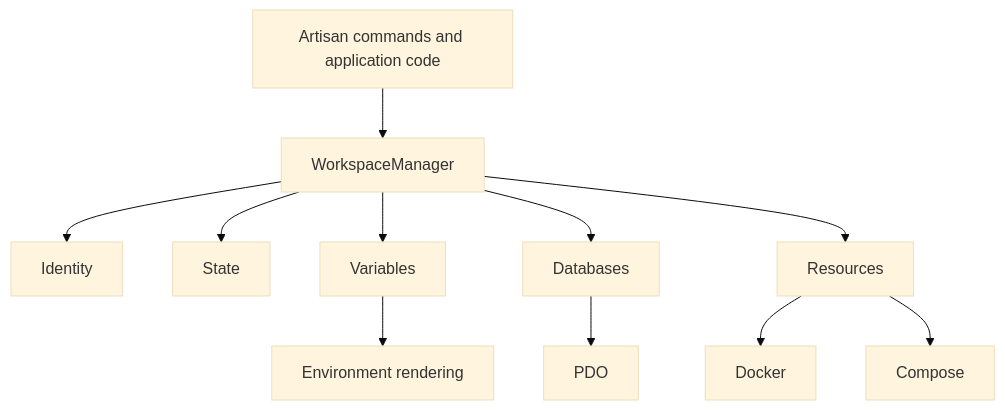
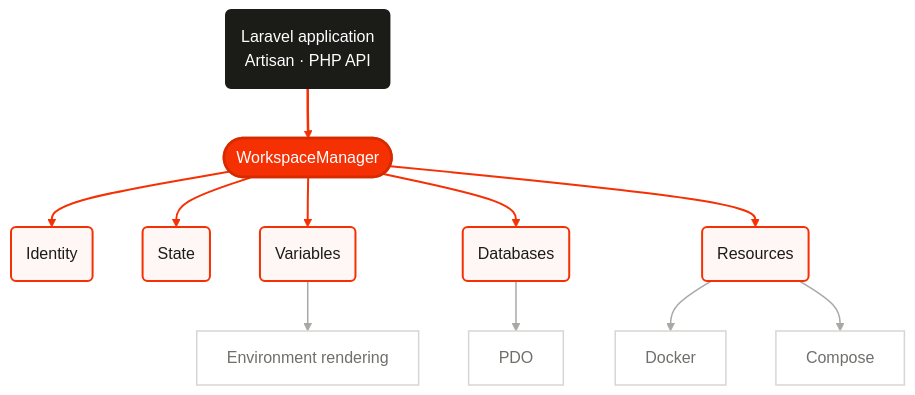
The first of 2 diagrams in docs/architecture.template.md (pickeringtech/harbour), drawn with Mermaid (base theme) before and after one commit. The commit also changed other lines of this file and 5 other files, not shown here.

Commit message:
docs: theme diagrams for Laravel

````diff
--- a/docs/architecture.template.md
+++ b/docs/architecture.template.md
@@ -15,16 +15,30 @@
 ```mermaid
 flowchart TB
     accTitle: Harbour component boundaries
     accDescr: Artisan commands and application code call WorkspaceManager, which coordinates identity, state, variable, database, and resource services. Variables feed environment rendering, databases use PDO, and resources use Docker or Compose.
 
-    entry[Artisan commands and application code] --> manager[WorkspaceManager]
-    manager --> identity[Identity]
-    manager --> state[State]
-    manager --> variables[Variables]
-    manager --> databases[Databases]
-    manager --> resources[Resources]
+    entry("Laravel application<br/>Artisan · PHP API") --> manager([WorkspaceManager])
+    manager --> identity("Identity")
+    manager --> state("State")
+    manager --> variables("Variables")
+    manager --> databases("Databases")
+    manager --> resources("Resources")
     variables --> environment[Environment rendering]
     databases --> pdo[PDO]
     resources --> docker[Docker]
     resources --> compose[Compose]
+
+    classDef entry fill:#1b1b18,stroke:#1b1b18,color:#ffffff,stroke-width:2px
+    classDef manager fill:#f53003,stroke:#d62a00,color:#ffffff,stroke-width:2.5px
+    classDef domain fill:#fff7f5,stroke:#f53003,color:#1b1b18,stroke-width:2px
+    classDef adapter fill:#ffffff,stroke:#d6d6d2,color:#706f6c,stroke-width:1.5px
+
+    class entry entry
+    class manager manager
+    class identity,state,variables,databases,resources domain
+    class environment,pdo,docker,compose adapter
+
+    linkStyle 0 stroke:#f53003,stroke-width:2.5px
+    linkStyle 1,2,3,4,5 stroke:#f53003,stroke-width:2px
+    linkStyle 6,7,8,9 stroke:#a8a8a4,stroke-width:1.5px
 ```
````
